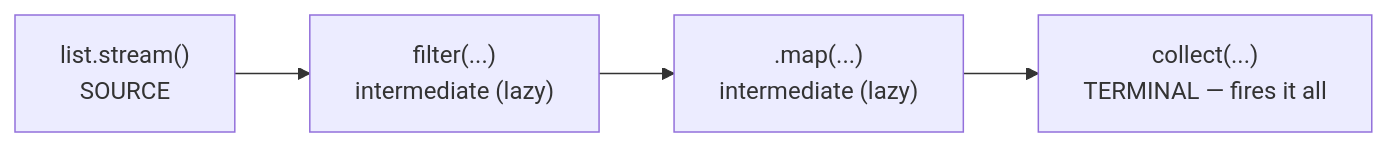
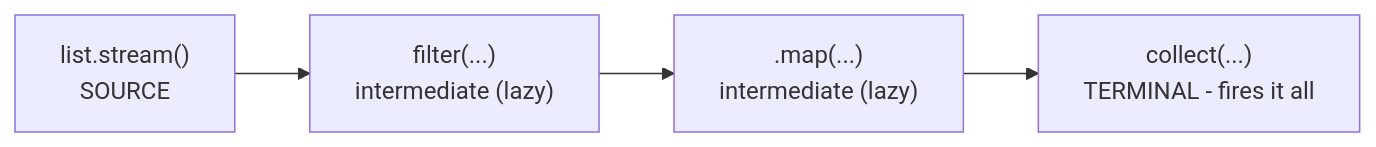
The diagram in guides/programming-languages/java-from-zero/12-streams-api.md (Topurrra/themissingmanual), drawn with Mermaid before and after one commit. The commit also changed other lines of this file and 1072 other files, not shown here.

````diff
--- a/guides/programming-languages/java-from-zero/12-streams-api.md
+++ b/guides/programming-languages/java-from-zero/12-streams-api.md
@@ -71,6 +71,6 @@
 ```mermaid
 flowchart LR
   A["list.stream()<br/>SOURCE"] --> B["filter(...)<br/>intermediate (lazy)"]
   B --> C[".map(...)<br/>intermediate (lazy)"]
-  C --> D["collect(...)<br/>TERMINAL — fires it all"]
+  C --> D["collect(...)<br/>TERMINAL - fires it all"]
 ```
````
